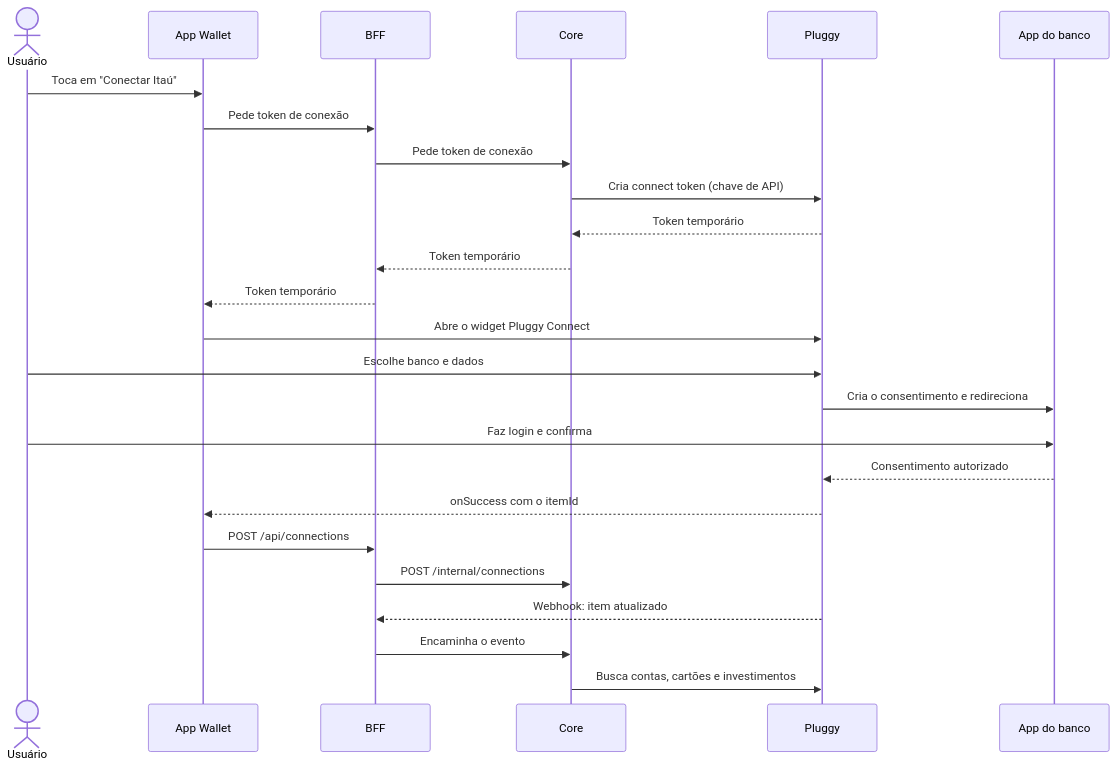
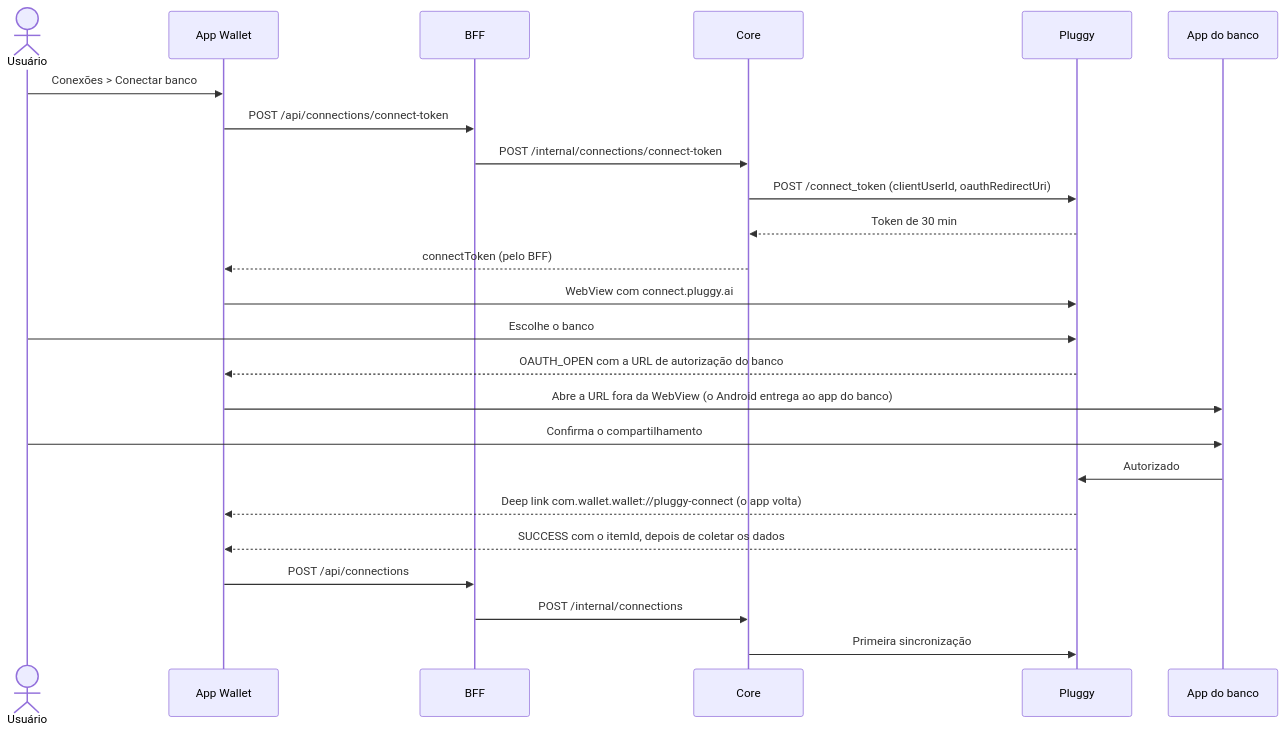
One commit to rafaeldossanto/Wallet changed the second of 2 diagrams in Docs/Arquitetura/Fluxo de Conexão.md. Above: the diagram before and after it, drawn with Mermaid. The commit also changed other lines of this file and 47 other files, not shown here.

````diff
--- a/Docs/Arquitetura/Fluxo de Conexão.md
+++ b/Docs/Arquitetura/Fluxo de Conexão.md
@@ -39,27 +49,26 @@
 ```mermaid
 sequenceDiagram
     actor U as Usuário
     participant A as App Wallet
     participant F as BFF
     participant C as Core
     participant P as Pluggy
     participant K as App do banco
-    U->>A: Toca em "Conectar Itaú"
-    A->>F: Pede token de conexão
-    F->>C: Pede token de conexão
-    C->>P: Cria connect token (chave de API)
-    P-->>C: Token temporário
-    C-->>F: Token temporário
-    F-->>A: Token temporário
-    A->>P: Abre o widget Pluggy Connect
-    U->>P: Escolhe banco e dados
-    P->>K: Cria o consentimento e redireciona
-    U->>K: Faz login e confirma
-    K-->>P: Consentimento autorizado
-    P-->>A: onSuccess com o itemId
+    U->>A: Conexões > Conectar banco
+    A->>F: POST /api/connections/connect-token
+    F->>C: POST /internal/connections/connect-token
+    C->>P: POST /connect_token (clientUserId, oauthRedirectUri)
+    P-->>C: Token de 30 min
+    C-->>A: connectToken (pelo BFF)
+    A->>P: WebView com connect.pluggy.ai
+    U->>P: Escolhe o banco
+    P-->>A: OAUTH_OPEN com a URL de autorização do banco
+    A->>K: Abre a URL fora da WebView (o Android entrega ao app do banco)
+    U->>K: Confirma o compartilhamento
+    K->>P: Autorizado
+    P-->>A: Deep link com.wallet.wallet://pluggy-connect (o app volta)
+    P-->>A: SUCCESS com o itemId, depois de coletar os dados
     A->>F: POST /api/connections
     F->>C: POST /internal/connections
-    P-->>F: Webhook: item atualizado
-    F->>C: Encaminha o evento
-    C->>P: Busca contas, cartões e investimentos
+    C->>P: Primeira sincronização
 ```
````
